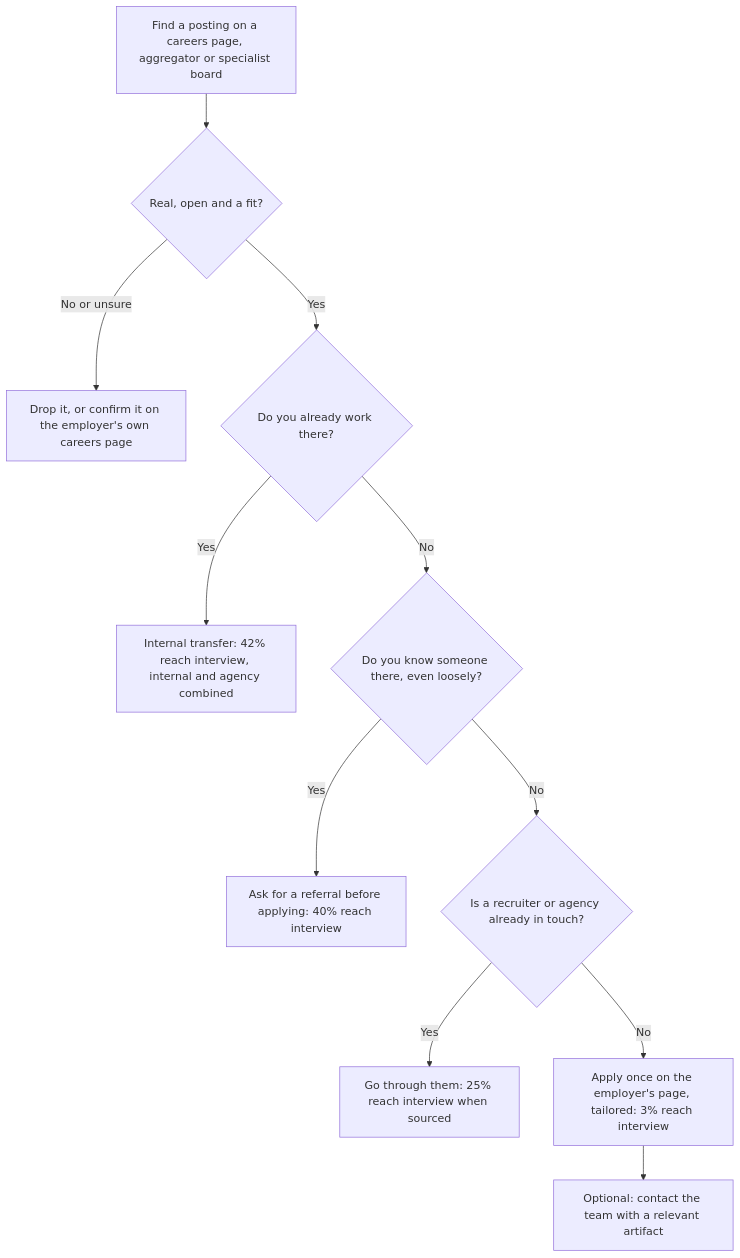
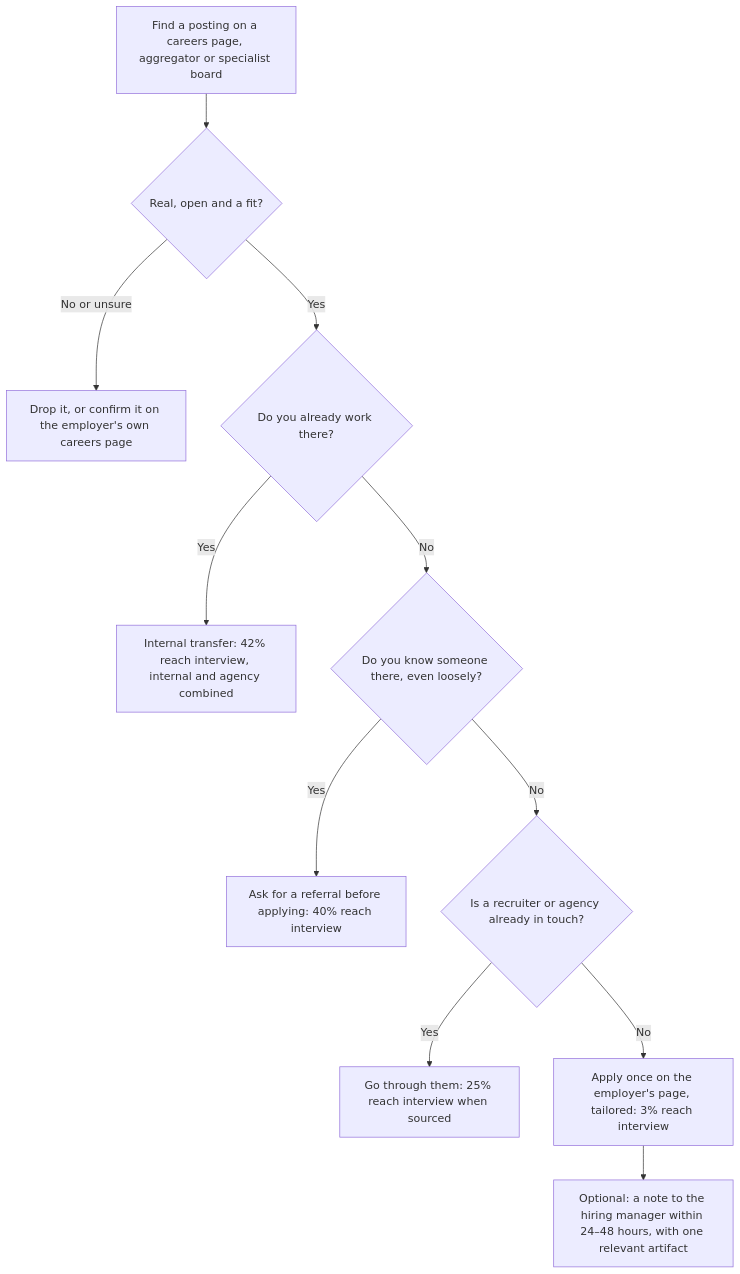
One commit to bhaskarjha-dev/genai-career changed the diagram in career/06-job-search/channels-and-boards.md. Above: the diagram before and after it, drawn with Mermaid. The commit also changed other lines of this file and 8 other files, not shown here.

````diff
--- a/career/06-job-search/channels-and-boards.md
+++ b/career/06-job-search/channels-and-boards.md
@@ -33,13 +33,13 @@
 ```mermaid
 flowchart TD
     A["Find a posting on a careers page, aggregator or specialist board"] --> B{"Real, open and a fit?"}
     B -->|"No or unsure"| X["Drop it, or confirm it on the employer's own careers page"]
     B -->|"Yes"| C{"Do you already work there?"}
     C -->|"Yes"| I["Internal transfer: 42% reach interview, internal and agency combined"]
     C -->|"No"| D{"Do you know someone there, even loosely?"}
     D -->|"Yes"| R["Ask for a referral before applying: 40% reach interview"]
     D -->|"No"| S{"Is a recruiter or agency already in touch?"}
     S -->|"Yes"| T["Go through them: 25% reach interview when sourced"]
     S -->|"No"| U["Apply once on the employer's page, tailored: 3% reach interview"]
-    U --> V["Optional: contact the team with a relevant artifact"]
+    U --> V["Optional: a note to the hiring manager within 24–48 hours, with one relevant artifact"]
 ```
````
